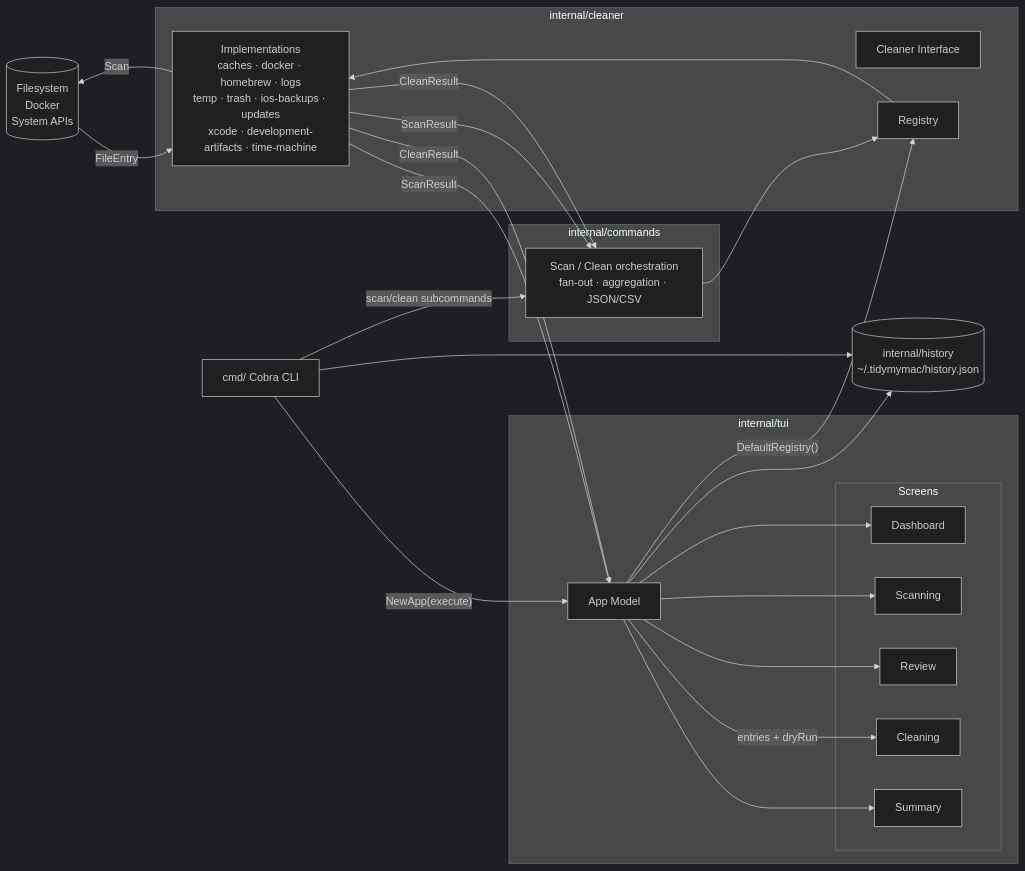
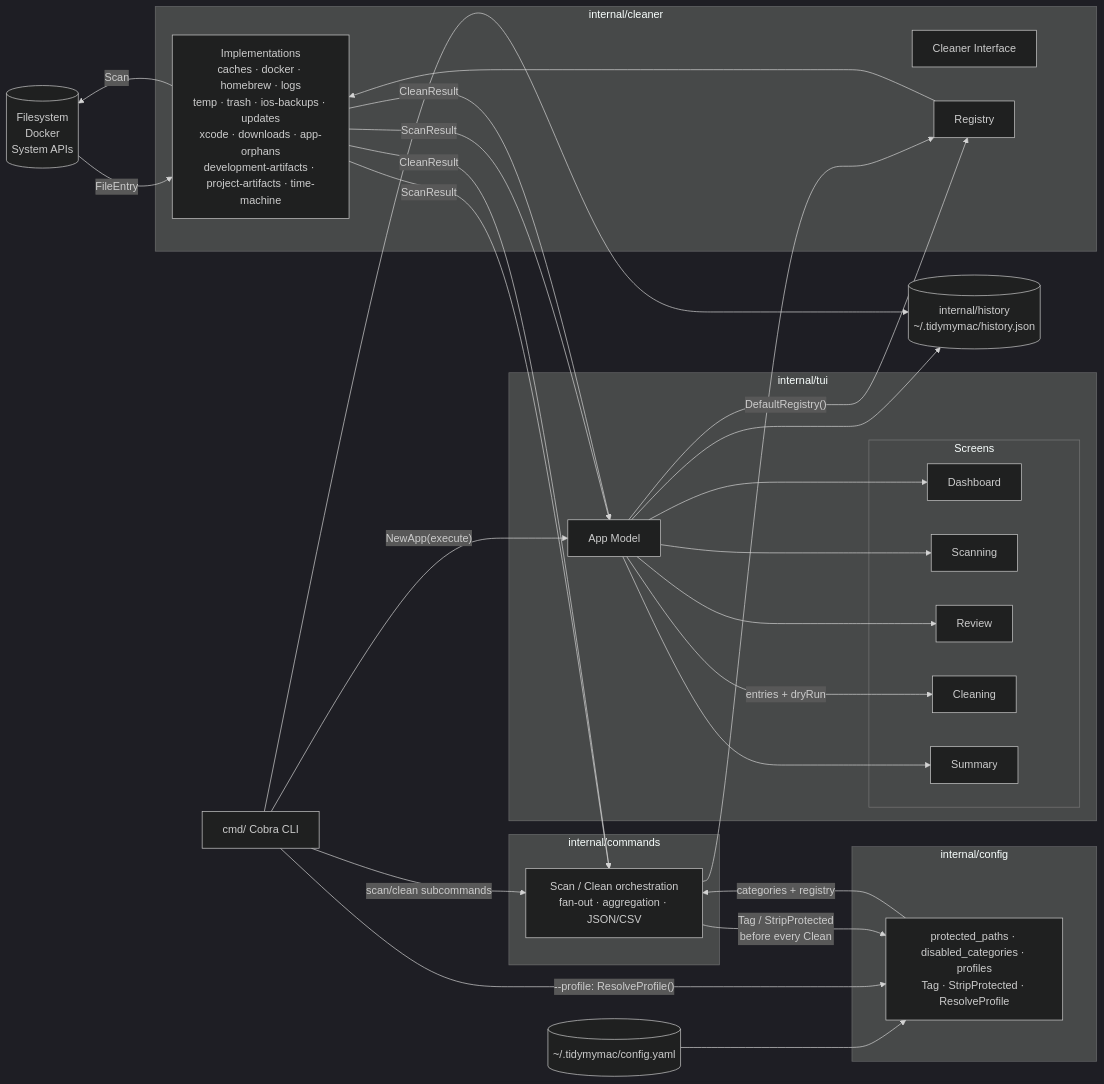
One commit to viniciussouzao/tidymymac changed the sixth of 8 diagrams in docs/ARCHITECTURE.md. Above: the diagram before and after it, drawn with Mermaid (dark theme). The commit also changed other lines of this file and 1 other file, not shown here.

````diff
--- a/docs/ARCHITECTURE.md
+++ b/docs/ARCHITECTURE.md
@@ -381,47 +436,56 @@
 ```mermaid
 flowchart LR
     FS[(Filesystem\nDocker\nSystem APIs)]
 
     subgraph internal/cleaner
         CI[Cleaner Interface]
         REG[Registry]
-        IMPL[Implementations\ncaches · docker · homebrew · logs\ntemp · trash · ios-backups · updates\nxcode · development-artifacts · time-machine]
+        IMPL[Implementations\ncaches · docker · homebrew · logs\ntemp · trash · ios-backups · updates\nxcode · downloads · app-orphans\ndevelopment-artifacts · project-artifacts · time-machine]
     end
 
     subgraph internal/commands
         CMDS[Scan / Clean orchestration\nfan-out · aggregation · JSON/CSV]
+    end
+
+    subgraph internal/config
+        CFG[protected_paths · disabled_categories · profiles\nTag · StripProtected · ResolveProfile]
     end
 
     subgraph internal/tui
         APP[App Model]
         subgraph Screens
             DASH[Dashboard]
             SCAN[Scanning]
             REV[Review]
             CLEAN[Cleaning]
             SUM[Summary]
         end
     end
 
     CLI[cmd/ Cobra CLI]
     HIST[(internal/history\n~/.tidymymac/history.json)]
+    YAML[(~/.tidymymac/config.yaml)]
 
+    YAML --> CFG
     CLI -->|"NewApp(execute)"| APP
     CLI -->|scan/clean subcommands| CMDS
+    CLI -->|"--profile: ResolveProfile()"| CFG
+    CFG -->|"categories + registry"| CMDS
     CMDS --> REG
     APP -->|"DefaultRegistry()"| REG
     REG --> IMPL
     IMPL -->|Scan| FS
     FS -->|FileEntry| IMPL
     IMPL -->|ScanResult| CMDS
+    CMDS -->|"Tag / StripProtected\nbefore every Clean"| CFG
     IMPL -->|ScanResult| APP
     APP --> DASH
     APP --> SCAN
     APP --> REV
     APP -->|"entries + dryRun"| CLEAN
     IMPL -->|CleanResult| APP
     IMPL -->|CleanResult| CMDS
     APP --> SUM
     APP --> HIST
     CLI --> HIST
 ```
````
